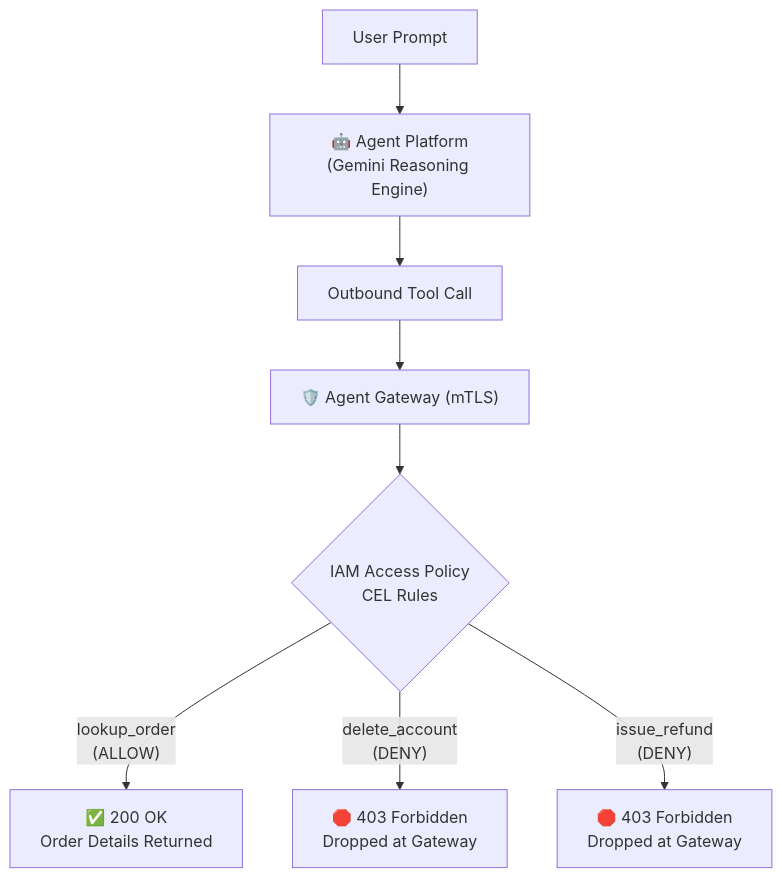
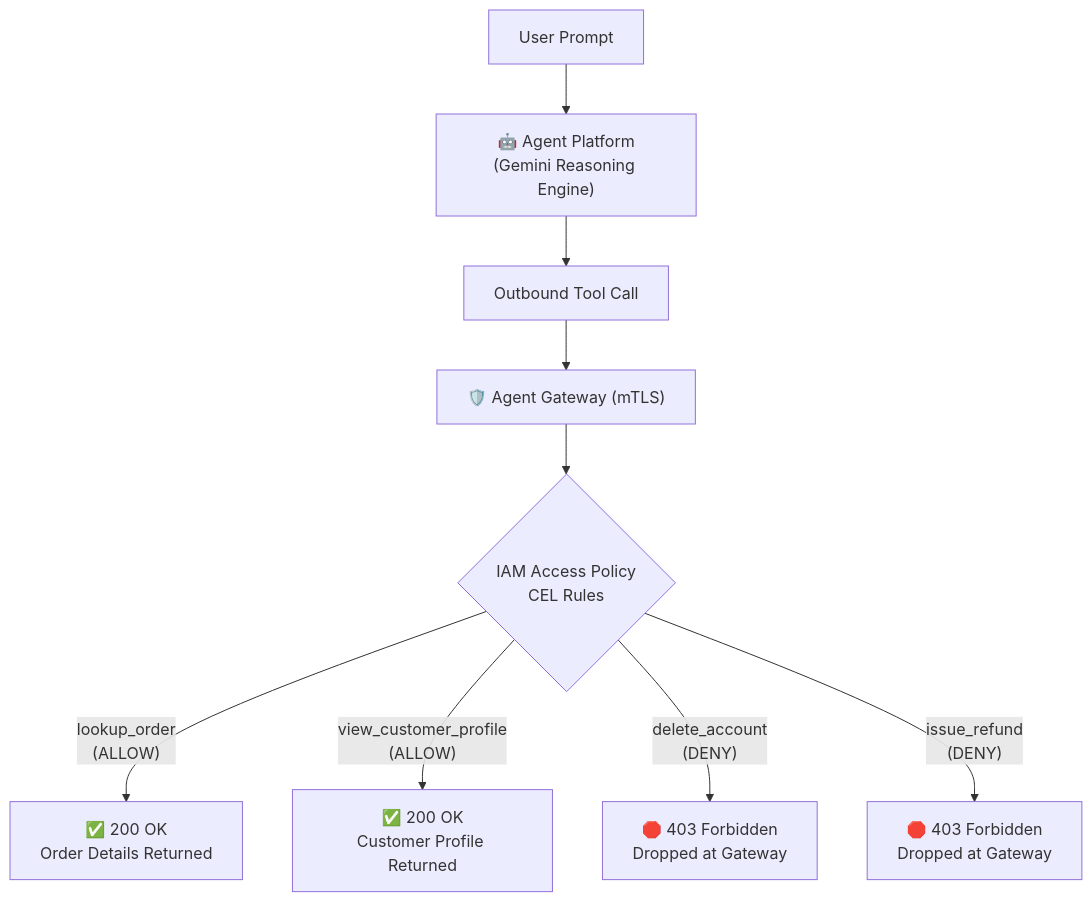
Before and after one commit to jamesmeyergithub/agent-gateway: the second of 2 diagrams in README.md, drawn with Mermaid. The commit also changed other lines of this file and 3 other files, not shown here.

Commit message:
docs & feat: add view_customer_profile across all architecture diagrams, test cases, and gateway tools

````diff
--- a/README.md
+++ b/README.md
@@ -121,10 +132,11 @@
 ```mermaid
 flowchart TD
     Prompt["User Prompt"] --> Agent["🤖 Agent Platform<br/>(Gemini Reasoning Engine)"]
     Agent --> ToolCall["Outbound Tool Call"]
     ToolCall --> Gateway["🛡️ Agent Gateway (mTLS)"]
     Gateway --> Policy{"IAM Access Policy<br/>CEL Rules"}
-    Policy -->|"lookup_order<br/>(ALLOW)"| OK["✅ 200 OK<br/>Order Details Returned"]
+    Policy -->|"lookup_order<br/>(ALLOW)"| OK1["✅ 200 OK<br/>Order Details Returned"]
+    Policy -->|"view_customer_profile<br/>(ALLOW)"| OK2["✅ 200 OK<br/>Customer Profile Returned"]
     Policy -->|"delete_account<br/>(DENY)"| Block1["🛑 403 Forbidden<br/>Dropped at Gateway"]
     Policy -->|"issue_refund<br/>(DENY)"| Block2["🛑 403 Forbidden<br/>Dropped at Gateway"]
 ```
````
